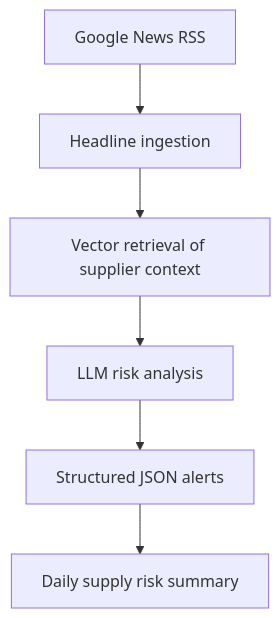
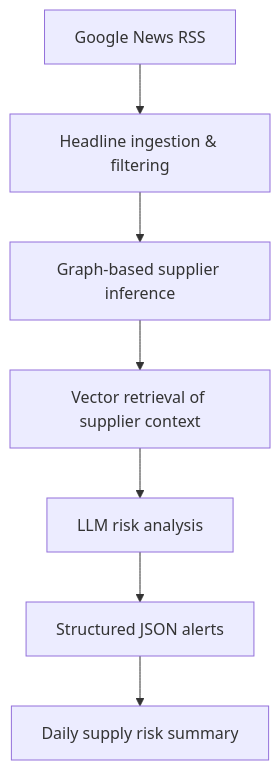
Before and after one commit to kenhglee/ai-supply-chain-risk-agent: the diagram in README.md, drawn with Mermaid. The commit also changed other lines of this file and 1 other file, not shown here.

Commit message:
Rewrite README to reflect graph retrieval of the dependencies and reorganize

````diff
--- a/README.md
+++ b/README.md
@@ -13,15 +19,17 @@
 ```mermaid
 flowchart TD
     A["Google News RSS"]
-    B["Headline ingestion"]
-    C["Vector retrieval of supplier context"]
-    D["LLM risk analysis"]
-    E["Structured JSON alerts"]
-    F["Daily supply risk summary"]
+    B["Headline ingestion & filtering"]
+    C["Graph-based supplier inference"]
+    D["Vector retrieval of supplier context"]
+    E["LLM risk analysis"]
+    F["Structured JSON alerts"]
+    G["Daily supply risk summary"]
 
     A --> B
     B --> C
     C --> D
     D --> E
     E --> F
+    F --> G
 ```
````
